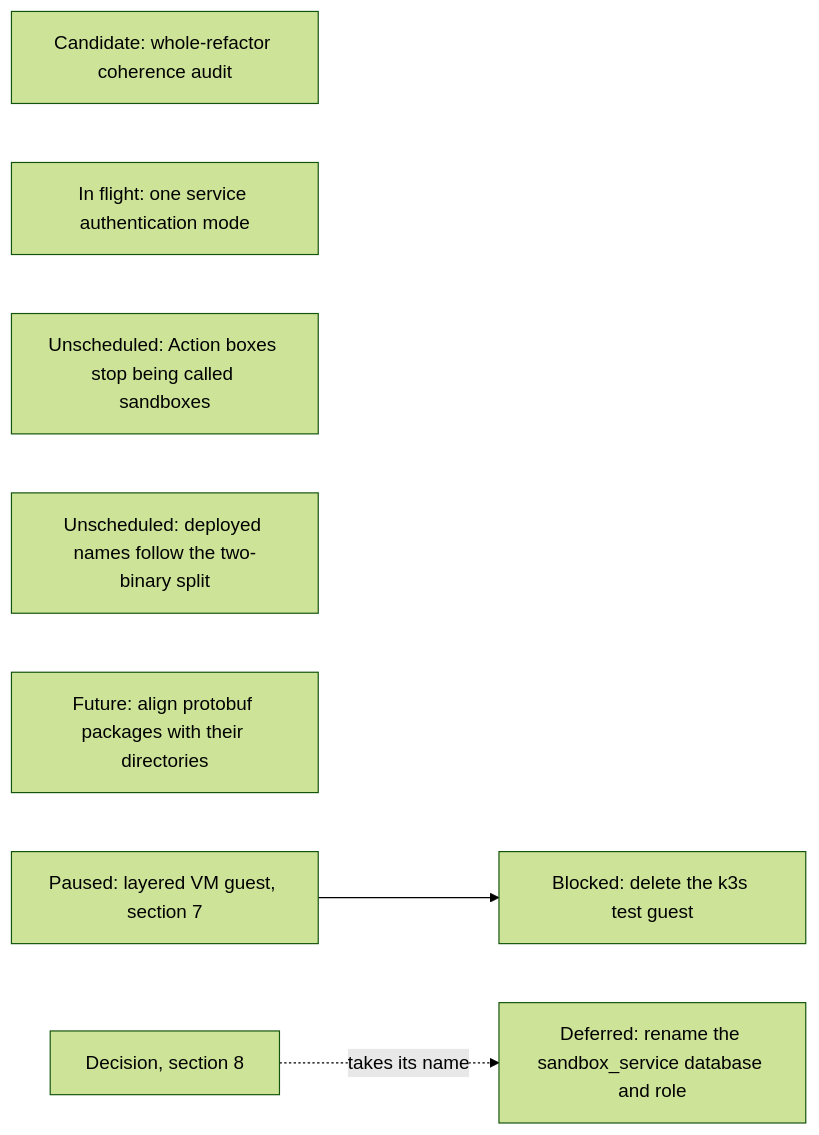
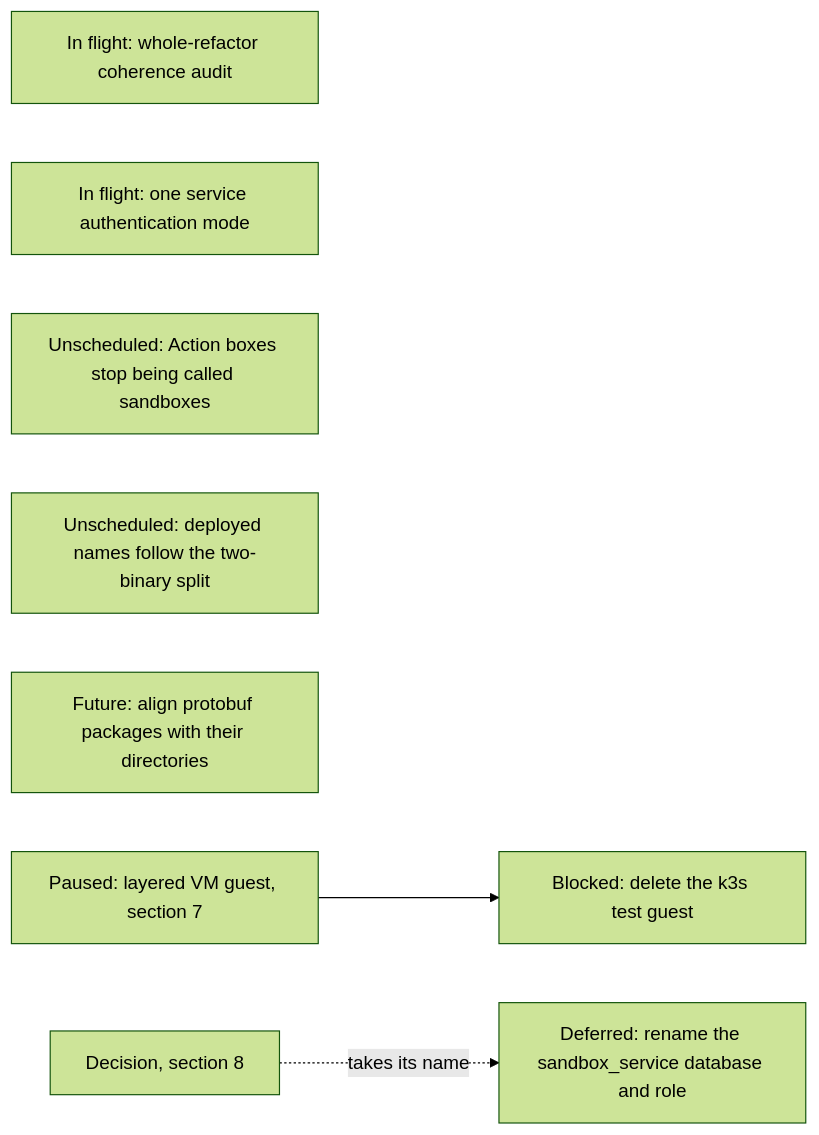
Diagram 19 of 21 in agentplane/plans/task_dag.md (agentydragon/ducktape), drawn with Mermaid (forest theme) before and after one commit. The commit also changed other lines of this file, not shown here.

First line of the commit message:
agentplane/plans: record the coherence sweep and app/CLI extractions release

````diff
--- a/agentplane/plans/task_dag.md
+++ b/agentplane/plans/task_dag.md
@@ -3639,10 +3642,10 @@
 ```mermaid
 flowchart LR
-    REFACTOR_COHERENCE_AUDIT[Candidate: whole-refactor coherence audit]
+    REFACTOR_COHERENCE_AUDIT[In flight: whole-refactor coherence audit]
     PRIVILEGED_BACKEND_AUTH_DESIGN[In flight: one service authentication mode]
     ACTION_BOX_RENAME[Unscheduled: Action boxes stop being called sandboxes]
     RUNNER_GATEWAY_RENAME[Unscheduled: deployed names follow the two-binary split]
     PROTO_PACKAGE_ALIGNMENT[Future: align protobuf packages with their directories]
     RUNNER_LAYERING_VM[Paused: layered VM guest, section 7] --> K3S_TEST_GUEST_RETIRE[Blocked: delete the k3s test guest]
     HISTORY_SERVICE_RENAME[Decision, section 8] -. takes its name .-> HISTORY_DATABASE_RENAME[Deferred: rename the sandbox_service database and role]
 ```
````
